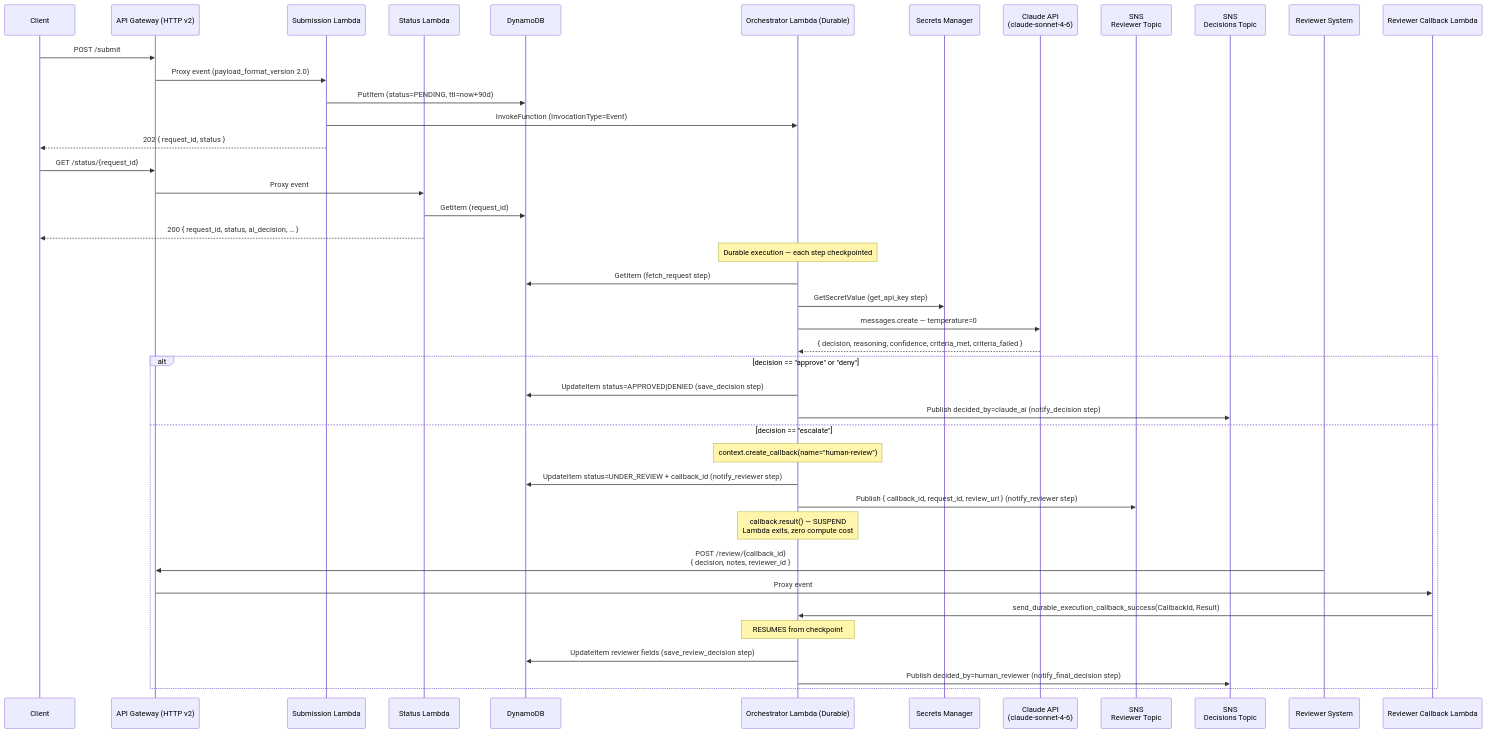
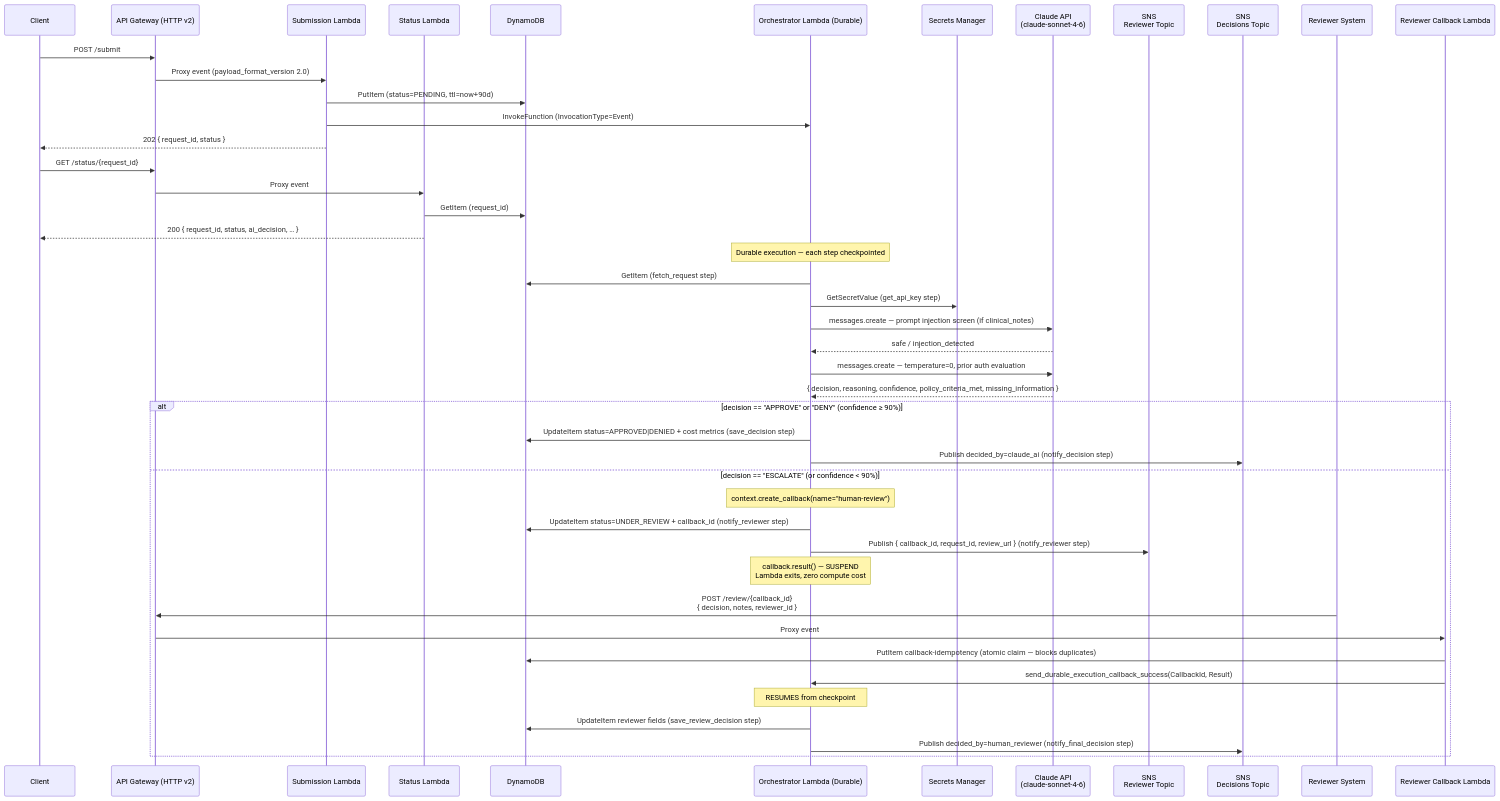
One commit to Rishabh1623/careflow-prior-auth changed the diagram in README.md. Above: the diagram before and after it, drawn with Mermaid. The commit also changed other lines of this file, not shown here.

````diff
--- a/README.md
+++ b/README.md
@@ -7,48 +111,51 @@
 ```mermaid
 sequenceDiagram
     participant Client
     participant APIGW as API Gateway (HTTP v2)
     participant Sub as Submission Lambda
     participant Stat as Status Lambda
     participant DDB as DynamoDB
     participant Orch as Orchestrator Lambda (Durable)
     participant SM as Secrets Manager
     participant Claude as Claude API<br/>(claude-sonnet-4-6)
     participant SNS_R as SNS<br/>Reviewer Topic
     participant SNS_D as SNS<br/>Decisions Topic
     participant Rev as Reviewer System
     participant CB as Reviewer Callback Lambda
 
     Client->>APIGW: POST /submit
     APIGW->>Sub: Proxy event (payload_format_version 2.0)
     Sub->>DDB: PutItem (status=PENDING, ttl=now+90d)
     Sub->>Orch: InvokeFunction (InvocationType=Event)
     Sub-->>Client: 202 { request_id, status }
 
     Client->>APIGW: GET /status/{request_id}
     APIGW->>Stat: Proxy event
     Stat->>DDB: GetItem (request_id)
     Stat-->>Client: 200 { request_id, status, ai_decision, … }
 
     Note over Orch: Durable execution — each step checkpointed
     Orch->>DDB: GetItem (fetch_request step)
     Orch->>SM: GetSecretValue (get_api_key step)
-    Orch->>Claude: messages.create — temperature=0
-    Claude-->>Orch: { decision, reasoning, confidence, criteria_met, criteria_failed }
+    Orch->>Claude: messages.create — prompt injection screen (if clinical_notes)
+    Claude-->>Orch: safe / injection_detected
+    Orch->>Claude: messages.create — temperature=0, prior auth evaluation
+    Claude-->>Orch: { decision, reasoning, confidence, policy_criteria_met, missing_information }
 
-    alt decision == "approve" or "deny"
-        Orch->>DDB: UpdateItem status=APPROVED|DENIED (save_decision step)
+    alt decision == "APPROVE" or "DENY" (confidence ≥ 90%)
+        Orch->>DDB: UpdateItem status=APPROVED|DENIED + cost metrics (save_decision step)
         Orch->>SNS_D: Publish decided_by=claude_ai (notify_decision step)
-    else decision == "escalate"
+    else decision == "ESCALATE" (or confidence < 90%)
         Note over Orch: context.create_callback(name="human-review")
         Orch->>DDB: UpdateItem status=UNDER_REVIEW + callback_id (notify_reviewer step)
         Orch->>SNS_R: Publish { callback_id, request_id, review_url } (notify_reviewer step)
         Note over Orch: callback.result() — SUSPEND<br/>Lambda exits, zero compute cost
         Rev->>APIGW: POST /review/{callback_id}<br/>{ decision, notes, reviewer_id }
         APIGW->>CB: Proxy event
+        CB->>DDB: PutItem callback-idempotency (atomic claim — blocks duplicates)
         CB->>Orch: send_durable_execution_callback_success(CallbackId, Result)
         Note over Orch: RESUMES from checkpoint
         Orch->>DDB: UpdateItem reviewer fields (save_review_decision step)
         Orch->>SNS_D: Publish decided_by=human_reviewer (notify_final_decision step)
     end
 ```
````
